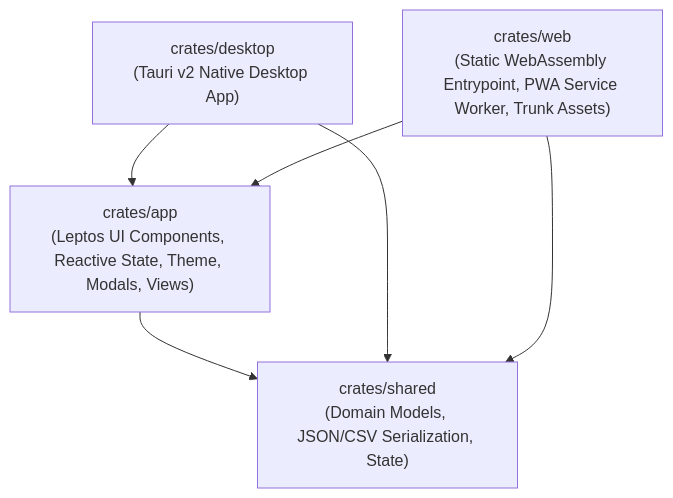
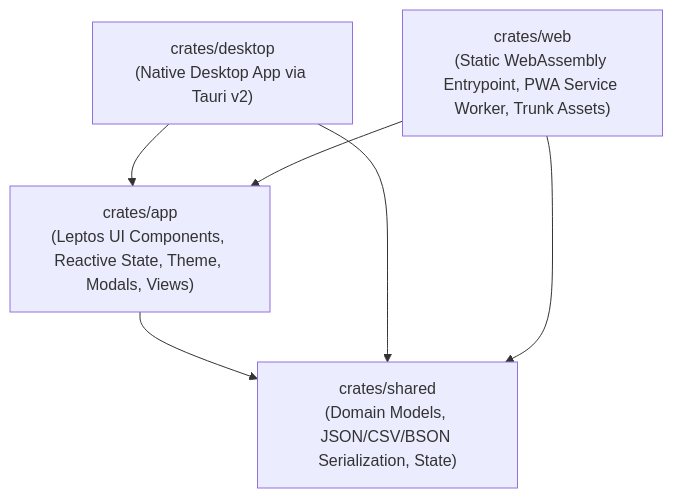
Before and after one commit to Spodeian/efficient-leptos-template: the diagram in README.md, drawn with Mermaid. The commit also changed other lines of this file and 9 other files, not shown here.

````diff
--- a/README.md
+++ b/README.md
@@ -13,13 +21,13 @@
 ```mermaid
 graph TD
-    Shared["crates/shared<br/>(Domain Models, JSON/CSV Serialization, State)"]
+    Shared["crates/shared<br/>(Domain Models, JSON/CSV/BSON Serialization, State)"]
     App["crates/app<br/>(Leptos UI Components, Reactive State, Theme, Modals, Views)"]
-    Desktop["crates/desktop<br/>(Tauri v2 Native Desktop App)"]
+    Desktop["crates/desktop<br/>(Native Desktop App via Tauri v2)"]
     Web["crates/web<br/>(Static WebAssembly Entrypoint, PWA Service Worker, Trunk Assets)"]
 
     App --> Shared
     Desktop --> App
     Desktop --> Shared
     Web --> App
     Web --> Shared
 ```
````
